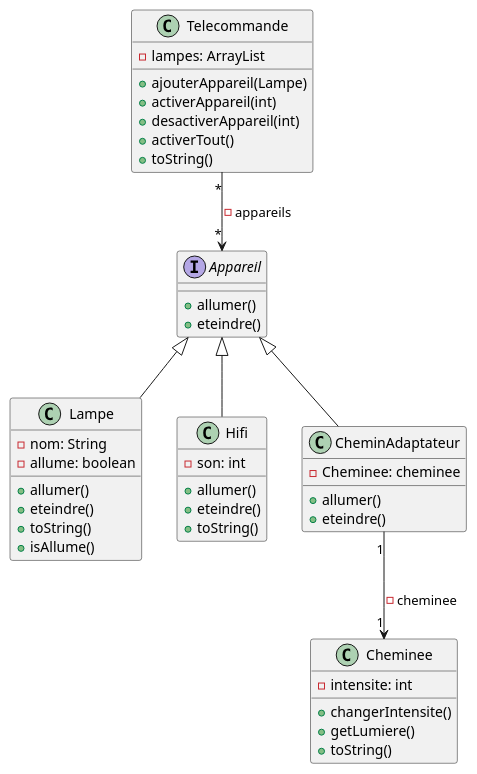
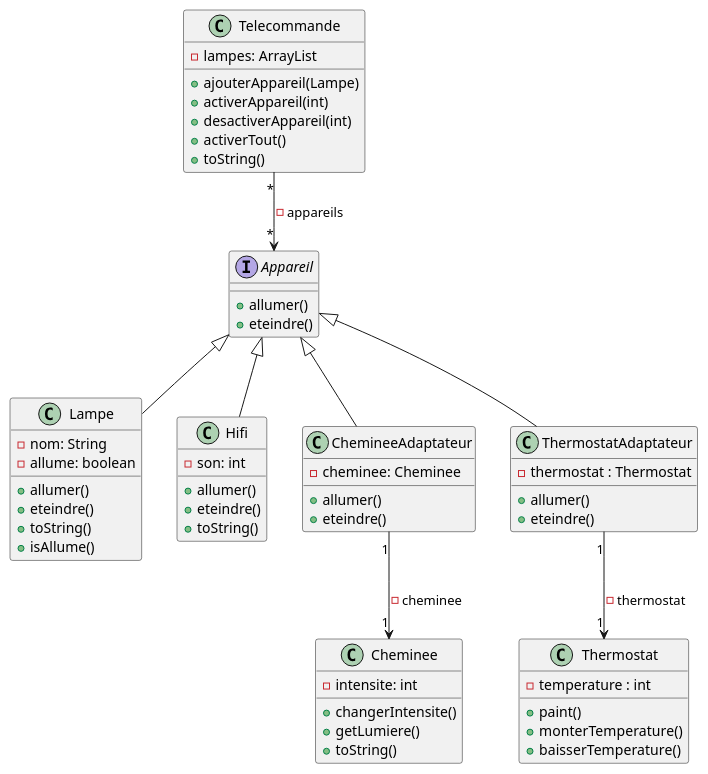
Before and after one commit to shaz267/TP6: the diagram in src/TP8.puml, drawn with PlantUML. The commit also changed 5 other files, not shown here.

```diff
--- a/src/TP8.puml
+++ b/src/TP8.puml
@@ -1,54 +1,70 @@
 @startuml
 'https://plantuml.com/class-diagram
 
 Appareil <|-- Lampe
 Appareil <|-- Hifi
-Appareil <|-- CheminAdaptateur
+Appareil <|-- ChemineeAdaptateur
+Appareil <|-- ThermostatAdaptateur
 Telecommande "*" --> "*" Appareil: - appareils
-CheminAdaptateur "1" --> "1" Cheminee: - cheminee
-
+ChemineeAdaptateur "1" --> "1" Cheminee: - cheminee
+ThermostatAdaptateur "1" --> "1" Thermostat: - thermostat
 '''classes
 class Telecommande {
     - lampes: ArrayList
     + ajouterAppareil(Lampe)
     + activerAppareil(int)
     + desactiverAppareil(int)
     + activerTout()
     + toString()
 }
 
 interface Appareil {
     + allumer()
     + eteindre()
 }
 
 class Lampe {
     - nom: String
     - allume: boolean
     + allumer()
     + eteindre()
     + toString()
     + isAllume()
 }
 
 class Hifi {
     - son: int
     + allumer()
     + eteindre()
     + toString()
 }
 
 class Cheminee {
     - intensite: int
     + changerIntensite()
     + getLumiere()
     + toString()
 }
 
-class CheminAdaptateur {
+class ChemineeAdaptateur {
 
-    - Cheminee: cheminee
+    - cheminee: Cheminee
+    + allumer()
+    + eteindre()
+}
+
+class Thermostat {
+
+    - temperature : int
+    + paint()
+    + monterTemperature()
+    + baisserTemperature()
+}
+
+class ThermostatAdaptateur{
+
+    - thermostat : Thermostat
     + allumer()
     + eteindre()
 }
 @enduml
```
